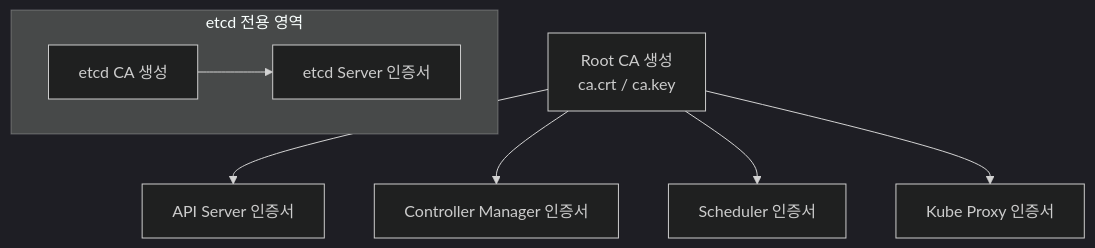
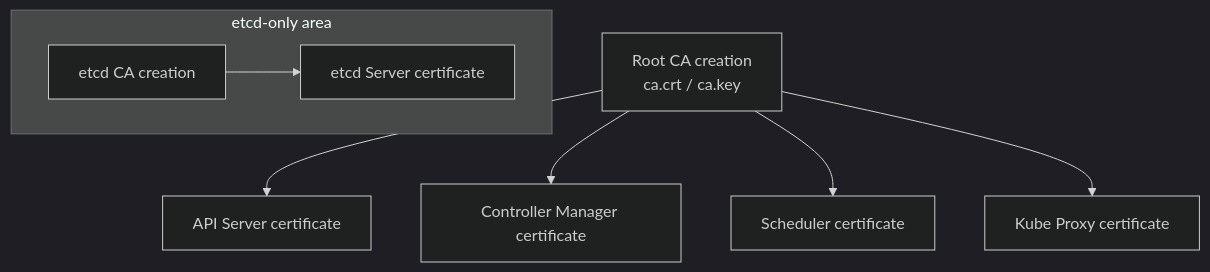
One commit to jeonck/k8s-adv changed the diagram in content/security/03-operation/24-kubeadm-cert-management.md. Above: the diagram before and after it, drawn with Mermaid (dark theme). The commit also changed other lines of this file and 223 other files, not shown here.

````diff
--- a/content/security/03-operation/24-kubeadm-cert-management.md
+++ b/content/security/03-operation/24-kubeadm-cert-management.md
@@ -53,11 +53,11 @@
 ```mermaid
 graph TD
-    CA[Root CA 생성<br/>ca.crt / ca.key] --> AS[API Server 인증서]
-    CA --> CM[Controller Manager 인증서]
-    CA --> SC[Scheduler 인증서]
-    CA --> KP[Kube Proxy 인증서]
+    CA["Root CA creation<br/>ca.crt / ca.key"] --> AS[API Server certificate]
+    CA --> CM[Controller Manager certificate]
+    CA --> SC[Scheduler certificate]
+    CA --> KP[Kube Proxy certificate]
     
-    subgraph ETCD[etcd 전용 영역]
-    ECA[etcd CA 생성] --> ES[etcd Server 인증서]
+    subgraph ETCD["etcd-only area"]
+    ECA[etcd CA creation] --> ES[etcd Server certificate]
     end
 ```
````
